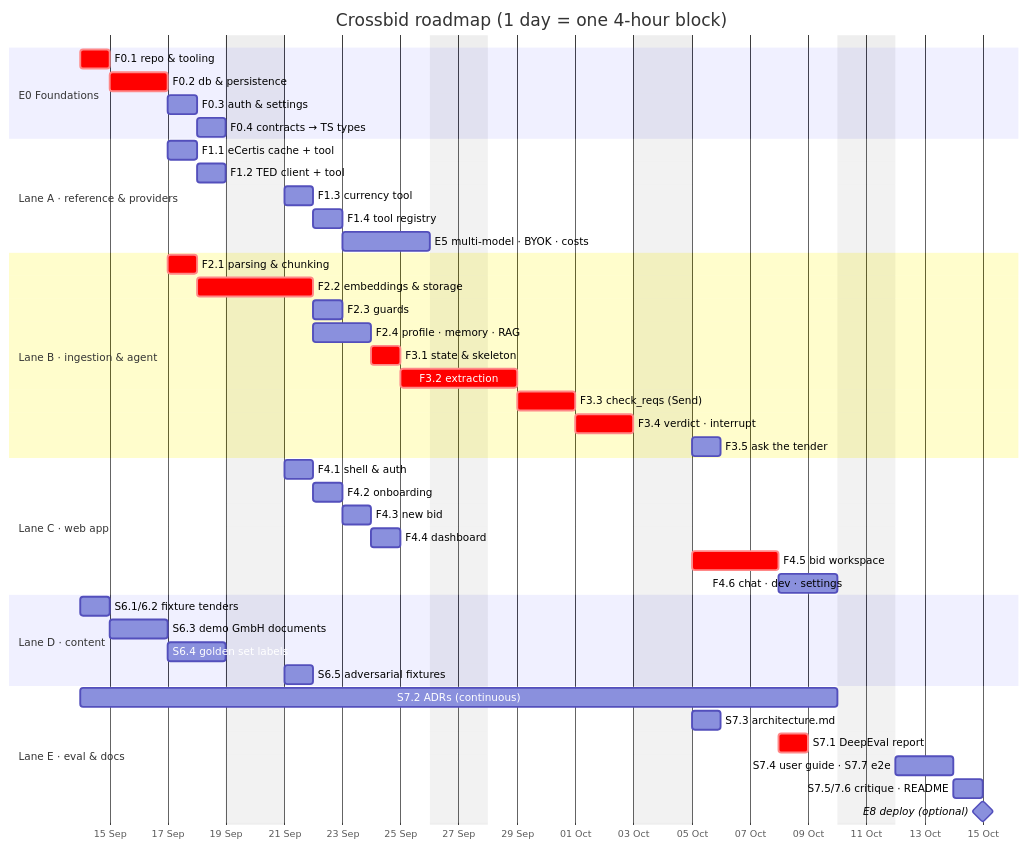
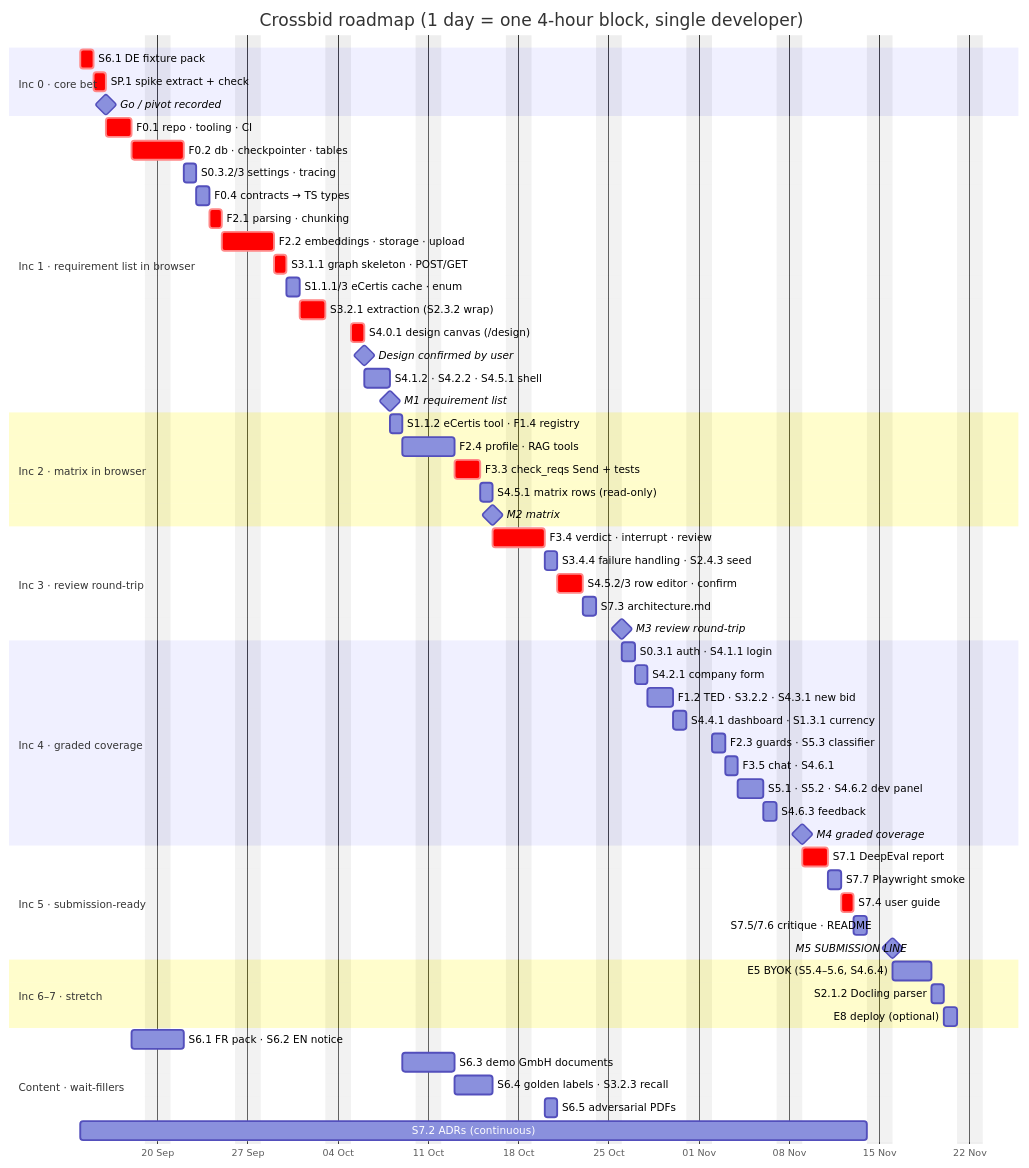
One commit to AhmedNazihX/CrossBid changed the fifth of 5 diagrams in docs/roadmap.md. Above: the diagram before and after it, drawn with Mermaid. The commit also changed other lines of this file and 3 other files, not shown here.

First line of the commit message:
docs(plan): re-sequence into increments after agile/lean PM review

````diff
--- a/docs/roadmap.md
+++ b/docs/roadmap.md
@@ -206,53 +218,71 @@
 ```mermaid
 gantt
-  title Crossbid roadmap (1 day = one 4-hour block)
+  title Crossbid roadmap (1 day = one 4-hour block, single developer)
   dateFormat YYYY-MM-DD
   axisFormat %d %b
   excludes weekends
 
-  section E0 Foundations
-  F0.1 repo & tooling            :crit, f01, 2026-09-14, 1d
-  F0.2 db & persistence          :crit, f02, after f01, 2d
-  F0.3 auth & settings           :f03, after f02, 1d
-  F0.4 contracts → TS types      :f04, after f03, 1d
+  section Inc 0 · core bet
+  S6.1 DE fixture pack               :crit, i0a, 2026-09-14, 1d
+  SP.1 spike extract + check         :crit, i0b, after i0a, 1d
+  Go / pivot recorded                :milestone, m0, after i0b, 0d
 
-  section Lane A · reference & providers
-  F1.1 eCertis cache + tool      :f11, after f02, 1d
-  F1.2 TED client + tool         :f12, after f11, 1d
-  F1.3 currency tool             :f13, after f12, 1d
-  F1.4 tool registry             :f14, after f13, 1d
-  E5 multi-model · BYOK · costs  :e5, after f14, 3d
+  section Inc 1 · requirement list in browser
+  F0.1 repo · tooling · CI           :crit, i1a, after i0b, 2d
+  F0.2 db · checkpointer · tables    :crit, i1b, after i1a, 2d
+  S0.3.2/3 settings · tracing        :i1c, after i1b, 1d
+  F0.4 contracts → TS types          :i1d, after i1c, 1d
+  F2.1 parsing · chunking            :crit, i1e, after i1d, 1d
+  F2.2 embeddings · storage · upload :crit, i1f, after i1e, 2d
+  S3.1.1 graph skeleton · POST/GET   :crit, i1g, after i1f, 1d
+  S1.1.1/3 eCertis cache · enum      :i1h, after i1g, 1d
+  S3.2.1 extraction (S2.3.2 wrap)    :crit, i1i, after i1h, 2d
+  S4.0.1 design canvas (/design)     :crit, i1k, after i1i, 1d
+  Design confirmed by user           :milestone, md, after i1k, 0d
+  S4.1.2 · S4.2.2 · S4.5.1 shell     :i1j, after i1k, 2d
+  M1 requirement list                :milestone, m1, after i1j, 0d
 
-  section Lane B · ingestion & agent
-  F2.1 parsing & chunking        :crit, f21, after f02, 1d
-  F2.2 embeddings & storage      :crit, f22, after f21, 2d
-  F2.3 guards                    :f23, after f22, 1d
-  F2.4 profile · memory · RAG    :f24, after f22, 2d
-  F3.1 state & skeleton          :crit, f31, after f24, 1d
-  F3.2 extraction                :crit, f32, after f31, 2d
-  F3.3 check_reqs (Send)         :crit, f33, after f32, 2d
-  F3.4 verdict · interrupt       :crit, f34, after f33, 2d
-  F3.5 ask the tender            :f35, after f34, 1d
+  section Inc 2 · matrix in browser
+  S1.1.2 eCertis tool · F1.4 registry:i2a, after i1j, 1d
+  F2.4 profile · RAG tools           :i2b, after i2a, 2d
+  F3.3 check_reqs Send + tests       :crit, i2c, after i2b, 2d
+  S4.5.1 matrix rows (read-only)     :i2d, after i2c, 1d
+  M2 matrix                          :milestone, m2, after i2d, 0d
 
-  section Lane C · web app
-  F4.1 shell & auth              :f41, after f04, 1d
-  F4.2 onboarding                :f42, after f41, 1d
-  F4.3 new bid                   :f43, after f42, 1d
-  F4.4 dashboard                 :f44, after f43, 1d
-  F4.5 bid workspace             :crit, f45, after f34, 3d
-  F4.6 chat · dev · settings     :f46, after f45, 2d
+  section Inc 3 · review round-trip
+  F3.4 verdict · interrupt · review  :crit, i3a, after i2d, 2d
+  S3.4.4 failure handling · S2.4.3 seed :i3b, after i3a, 1d
+  S4.5.2/3 row editor · confirm      :crit, i3c, after i3b, 2d
+  S7.3 architecture.md               :i3d, after i3c, 1d
+  M3 review round-trip               :milestone, m3, after i3d, 0d
 
-  section Lane D · content
-  S6.1/6.2 fixture tenders       :s61, 2026-09-14, 1d
-  S6.3 demo GmbH documents       :s63, after s61, 2d
-  S6.4 golden set labels         :s64, after s63, 2d
-  S6.5 adversarial fixtures      :s65, after s64, 1d
+  section Inc 4 · graded coverage
+  S0.3.1 auth · S4.1.1 login         :i4a, after i3d, 1d
+  S4.2.1 company form                :i4b, after i4a, 1d
+  F1.2 TED · S3.2.2 · S4.3.1 new bid :i4c, after i4b, 2d
+  S4.4.1 dashboard · S1.3.1 currency :i4d, after i4c, 1d
+  F2.3 guards · S5.3 classifier      :i4e, after i4d, 1d
+  F3.5 chat · S4.6.1                 :i4f, after i4e, 1d
+  S5.1 · S5.2 · S4.6.2 dev panel     :i4g, after i4f, 2d
+  S4.6.3 feedback                    :i4h, after i4g, 1d
+  M4 graded coverage                 :milestone, m4, after i4h, 0d
 
-  section Lane E · eval & docs
-  S7.2 ADRs (continuous)         :s72, 2026-09-14, 20d
-  S7.3 architecture.md           :s73, after f34, 1d
-  S7.1 DeepEval report           :crit, s71, after f45, 1d
-  S7.4 user guide · S7.7 e2e     :s74, after f46, 2d
-  S7.5/7.6 critique · README     :s75, after s74, 1d
-  E8 deploy (optional)           :milestone, e8, after s75, 0d
+  section Inc 5 · submission-ready
+  S7.1 DeepEval report               :crit, i5a, after i4h, 2d
+  S7.7 Playwright smoke              :i5c, after i5a, 1d
+  S7.4 user guide                    :crit, i5d, after i5c, 1d
+  S7.5/7.6 critique · README         :i5e, after i5d, 1d
+  M5 SUBMISSION LINE                 :milestone, m5, after i5e, 0d
+
+  section Inc 6–7 · stretch
+  E5 BYOK (S5.4–5.6, S4.6.4)         :i6a, after i5e, 3d
+  S2.1.2 Docling parser              :i6b, after i6a, 1d
+  E8 deploy (optional)               :i7, after i6b, 1d
+
+  section Content · wait-fillers
+  S6.1 FR pack · S6.2 EN notice      :c1, after i1a, 2d
+  S6.3 demo GmbH documents           :c2, after i2a, 2d
+  S6.4 golden labels · S3.2.3 recall :c3, after c2, 3d
+  S6.5 adversarial PDFs              :c4, after i3a, 1d
+  S7.2 ADRs (continuous)             :c5, 2026-09-14, 45d
 ```
````
